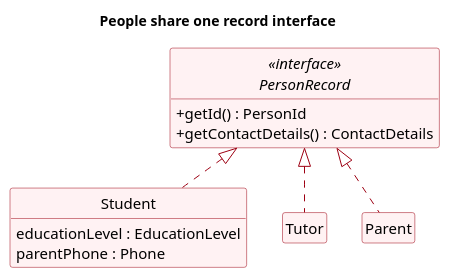
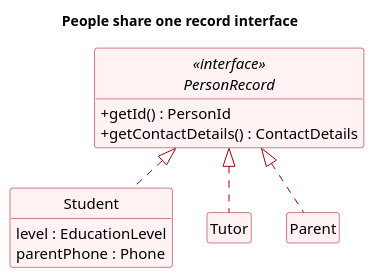
Before and after one commit to AY2627S1-CS2103T-F13-3/tp: the diagram in docs/diagrams/DomainPeopleStructure.puml, drawn with PlantUML. The commit also changed 1 other file, not shown here.

Commit message:
Match Student level field in people diagram

```diff
--- a/docs/diagrams/DomainPeopleStructure.puml
+++ b/docs/diagrams/DomainPeopleStructure.puml
@@ -1,32 +1,32 @@
 @startuml
 ' Simplified domain draft by Vincent Lin with OpenAI Codex assistance.
 ' Self-contained source; renderer: PlantUML 1.2025.3.
 skinparam defaultFontName Arial
 skinparam defaultFontSize 15
 skinparam shadowing false
 skinparam classAttributeIconSize 0
 skinparam classBackgroundColor #FFF2F3
 skinparam classBorderColor #9D0012
 skinparam classArrowColor #9D0012
 skinparam noteBackgroundColor #FFFBE6
 skinparam noteBorderColor #777777
 skinparam nodesep 35
 skinparam ranksep 40
 hide circle
 hide empty members
 
 title People share one record interface
 interface PersonRecord <<interface>> {
   + getId() : PersonId
   + getContactDetails() : ContactDetails
 }
 class Student {
-  educationLevel : EducationLevel
+  level : EducationLevel
   parentPhone : Phone
 }
 class Tutor
 class Parent
 Student .up.|> PersonRecord
 Tutor .up.|> PersonRecord
 Parent .up.|> PersonRecord
 @enduml
```
